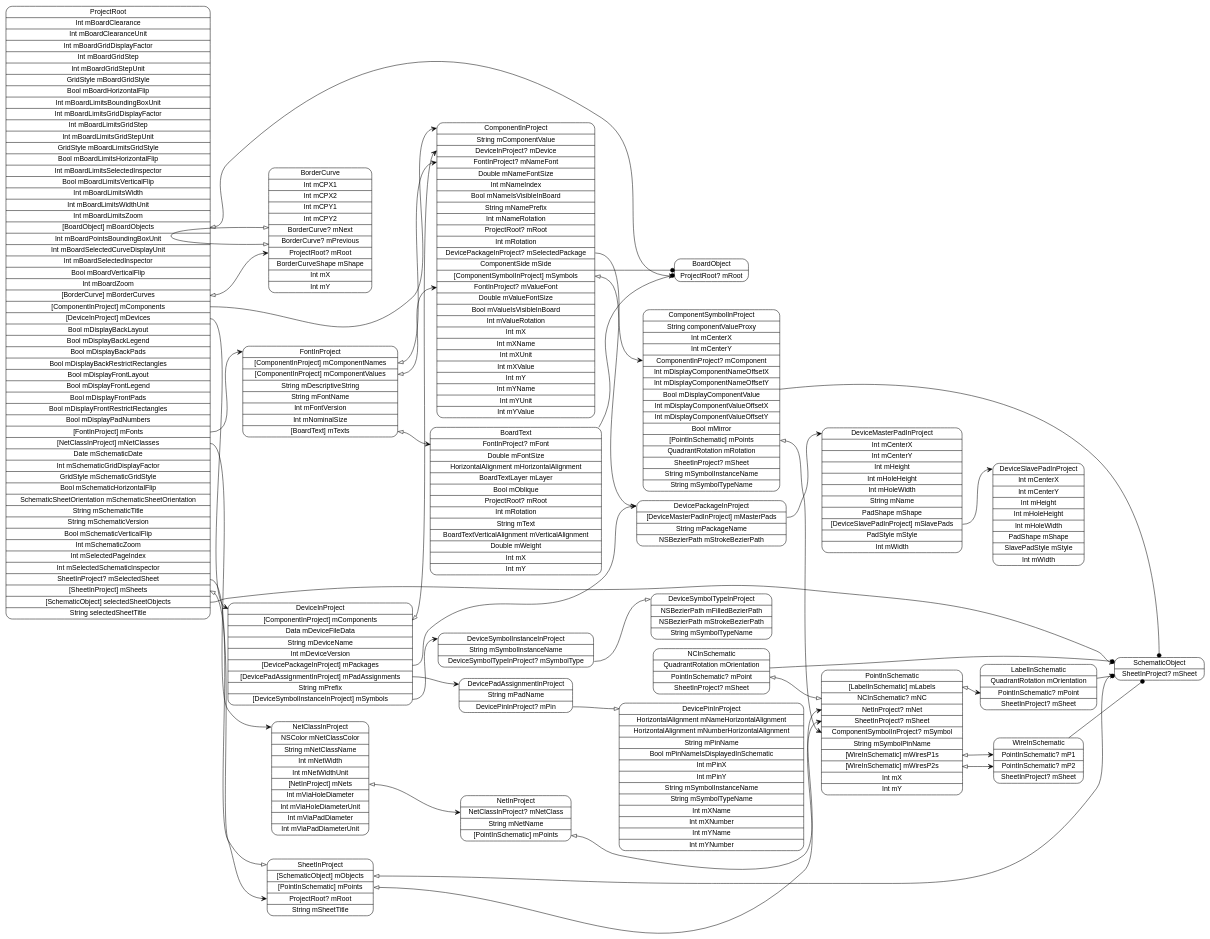
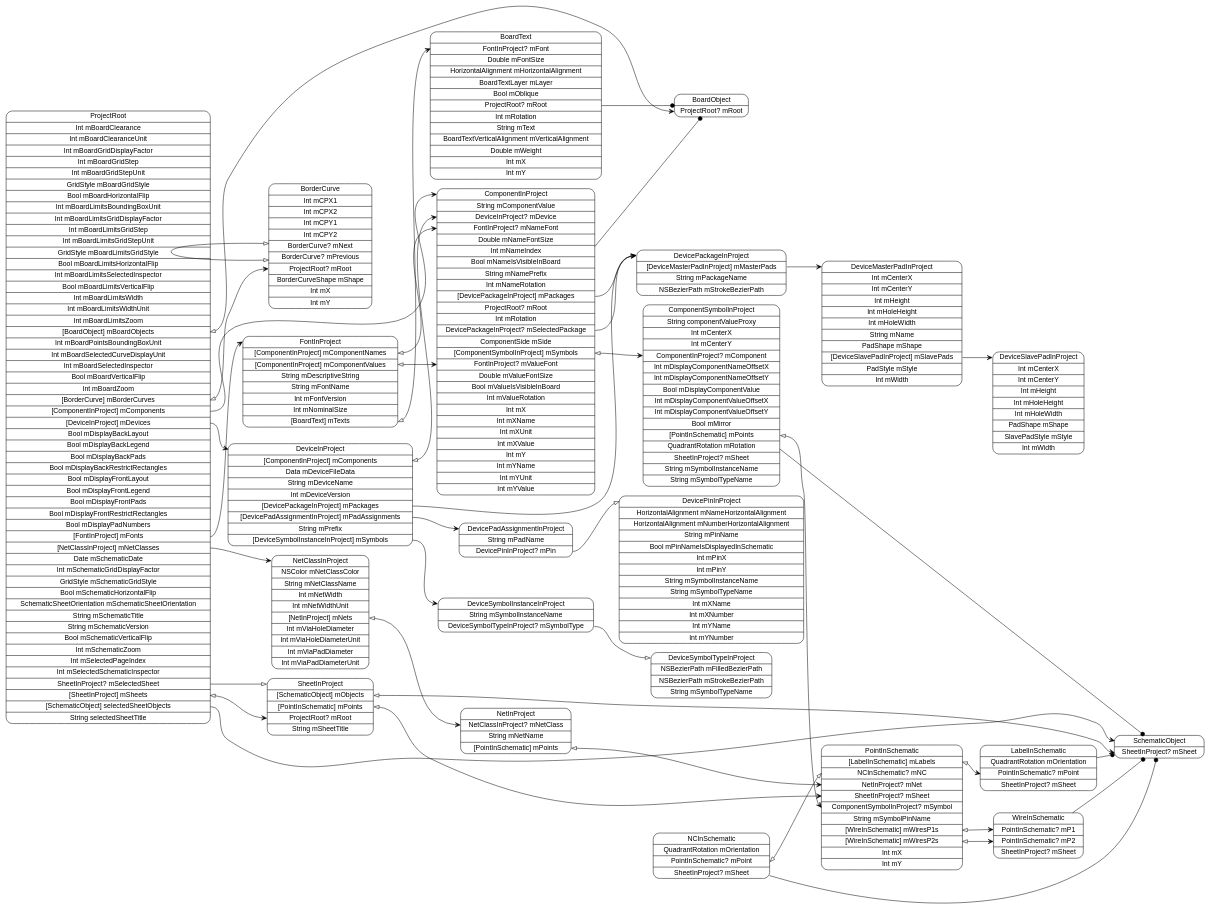
The diagram in models/ProjectRoot.dot (pierremolinaro/ElCanari-dev), drawn with Graphviz before and after one commit. The commit also changed 25 other files, not shown here.

Commit message:
Component in board : change package

```diff
--- a/models/ProjectRoot.dot
+++ b/models/ProjectRoot.dot
@@ -1,65 +1,66 @@
 digraph G {
   rankdir=LR ;
   node [shape=record fontname=helvetica style=rounded] ;
   ProjectRoot[label="<ProjectRoot>ProjectRoot|Int mBoardClearance|Int mBoardClearanceUnit|Int mBoardGridDisplayFactor|Int mBoardGridStep|Int mBoardGridStepUnit|GridStyle mBoardGridStyle|Bool mBoardHorizontalFlip|Int mBoardLimitsBoundingBoxUnit|Int mBoardLimitsGridDisplayFactor|Int mBoardLimitsGridStep|Int mBoardLimitsGridStepUnit|GridStyle mBoardLimitsGridStyle|Bool mBoardLimitsHorizontalFlip|Int mBoardLimitsSelectedInspector|Bool mBoardLimitsVerticalFlip|Int mBoardLimitsWidth|Int mBoardLimitsWidthUnit|Int mBoardLimitsZoom|<mBoardObjects>[BoardObject] mBoardObjects|Int mBoardPointsBoundingBoxUnit|Int mBoardSelectedCurveDisplayUnit|Int mBoardSelectedInspector|Bool mBoardVerticalFlip|Int mBoardZoom|<mBorderCurves>[BorderCurve] mBorderCurves|<mComponents>[ComponentInProject] mComponents|<mDevices>[DeviceInProject] mDevices|Bool mDisplayBackLayout|Bool mDisplayBackLegend|Bool mDisplayBackPads|Bool mDisplayBackRestrictRectangles|Bool mDisplayFrontLayout|Bool mDisplayFrontLegend|Bool mDisplayFrontPads|Bool mDisplayFrontRestrictRectangles|Bool mDisplayPadNumbers|<mFonts>[FontInProject] mFonts|<mNetClasses>[NetClassInProject] mNetClasses|Date mSchematicDate|Int mSchematicGridDisplayFactor|GridStyle mSchematicGridStyle|Bool mSchematicHorizontalFlip|SchematicSheetOrientation mSchematicSheetOrientation|String mSchematicTitle|String mSchematicVersion|Bool mSchematicVerticalFlip|Int mSchematicZoom|Int mSelectedPageIndex|Int mSelectedSchematicInspector|<mSelectedSheet>SheetInProject? mSelectedSheet|<mSheets>[SheetInProject] mSheets|<selectedSheetObjects>[SchematicObject] selectedSheetObjects|String selectedSheetTitle"] ;
   SchematicObject[label="<SchematicObject>SchematicObject|<mSheet>SheetInProject? mSheet"] ;
   SheetInProject[label="<SheetInProject>SheetInProject|<mObjects>[SchematicObject] mObjects|<mPoints>[PointInSchematic] mPoints|<mRoot>ProjectRoot? mRoot|String mSheetTitle"] ;
   PointInSchematic[label="<PointInSchematic>PointInSchematic|<mLabels>[LabelInSchematic] mLabels|<mNC>NCInSchematic? mNC|<mNet>NetInProject? mNet|<mSheet>SheetInProject? mSheet|<mSymbol>ComponentSymbolInProject? mSymbol|String mSymbolPinName|<mWiresP1s>[WireInSchematic] mWiresP1s|<mWiresP2s>[WireInSchematic] mWiresP2s|Int mX|Int mY"] ;
   WireInSchematic[label="<WireInSchematic>WireInSchematic|<mP1>PointInSchematic? mP1|<mP2>PointInSchematic? mP2|<mSheet>SheetInProject? mSheet"] ;
   NCInSchematic[label="<NCInSchematic>NCInSchematic|QuadrantRotation mOrientation|<mPoint>PointInSchematic? mPoint|<mSheet>SheetInProject? mSheet"] ;
   LabelInSchematic[label="<LabelInSchematic>LabelInSchematic|QuadrantRotation mOrientation|<mPoint>PointInSchematic? mPoint|<mSheet>SheetInProject? mSheet"] ;
   NetClassInProject[label="<NetClassInProject>NetClassInProject|NSColor mNetClassColor|String mNetClassName|Int mNetWidth|Int mNetWidthUnit|<mNets>[NetInProject] mNets|Int mViaHoleDiameter|Int mViaHoleDiameterUnit|Int mViaPadDiameter|Int mViaPadDiameterUnit"] ;
   NetInProject[label="<NetInProject>NetInProject|<mNetClass>NetClassInProject? mNetClass|String mNetName|<mPoints>[PointInSchematic] mPoints"] ;
   FontInProject[label="<FontInProject>FontInProject|<mComponentNames>[ComponentInProject] mComponentNames|<mComponentValues>[ComponentInProject] mComponentValues|String mDescriptiveString|String mFontName|Int mFontVersion|Int mNominalSize|<mTexts>[BoardText] mTexts"] ;
   BoardText[label="<BoardText>BoardText|<mFont>FontInProject? mFont|Double mFontSize|HorizontalAlignment mHorizontalAlignment|BoardTextLayer mLayer|Bool mOblique|<mRoot>ProjectRoot? mRoot|Int mRotation|String mText|BoardTextVerticalAlignment mVerticalAlignment|Double mWeight|Int mX|Int mY"] ;
   DeviceInProject[label="<DeviceInProject>DeviceInProject|<mComponents>[ComponentInProject] mComponents|Data mDeviceFileData|String mDeviceName|Int mDeviceVersion|<mPackages>[DevicePackageInProject] mPackages|<mPadAssignments>[DevicePadAssignmentInProject] mPadAssignments|String mPrefix|<mSymbols>[DeviceSymbolInstanceInProject] mSymbols"] ;
   DeviceSymbolInstanceInProject[label="<DeviceSymbolInstanceInProject>DeviceSymbolInstanceInProject|String mSymbolInstanceName|<mSymbolType>DeviceSymbolTypeInProject? mSymbolType"] ;
   DeviceSymbolTypeInProject[label="<DeviceSymbolTypeInProject>DeviceSymbolTypeInProject|NSBezierPath mFilledBezierPath|NSBezierPath mStrokeBezierPath|String mSymbolTypeName"] ;
   DevicePadAssignmentInProject[label="<DevicePadAssignmentInProject>DevicePadAssignmentInProject|String mPadName|<mPin>DevicePinInProject? mPin"] ;
   DevicePinInProject[label="<DevicePinInProject>DevicePinInProject|HorizontalAlignment mNameHorizontalAlignment|HorizontalAlignment mNumberHorizontalAlignment|String mPinName|Bool mPinNameIsDisplayedInSchematic|Int mPinX|Int mPinY|String mSymbolInstanceName|String mSymbolTypeName|Int mXName|Int mXNumber|Int mYName|Int mYNumber"] ;
   DevicePackageInProject[label="<DevicePackageInProject>DevicePackageInProject|<mMasterPads>[DeviceMasterPadInProject] mMasterPads|String mPackageName|NSBezierPath mStrokeBezierPath"] ;
   DeviceMasterPadInProject[label="<DeviceMasterPadInProject>DeviceMasterPadInProject|Int mCenterX|Int mCenterY|Int mHeight|Int mHoleHeight|Int mHoleWidth|String mName|PadShape mShape|<mSlavePads>[DeviceSlavePadInProject] mSlavePads|PadStyle mStyle|Int mWidth"] ;
   DeviceSlavePadInProject[label="<DeviceSlavePadInProject>DeviceSlavePadInProject|Int mCenterX|Int mCenterY|Int mHeight|Int mHoleHeight|Int mHoleWidth|PadShape mShape|SlavePadStyle mStyle|Int mWidth"] ;
-  ComponentInProject[label="<ComponentInProject>ComponentInProject|String mComponentValue|<mDevice>DeviceInProject? mDevice|<mNameFont>FontInProject? mNameFont|Double mNameFontSize|Int mNameIndex|Bool mNameIsVisibleInBoard|String mNamePrefix|Int mNameRotation|<mRoot>ProjectRoot? mRoot|Int mRotation|<mSelectedPackage>DevicePackageInProject? mSelectedPackage|ComponentSide mSide|<mSymbols>[ComponentSymbolInProject] mSymbols|<mValueFont>FontInProject? mValueFont|Double mValueFontSize|Bool mValueIsVisibleInBoard|Int mValueRotation|Int mX|Int mXName|Int mXUnit|Int mXValue|Int mY|Int mYName|Int mYUnit|Int mYValue"] ;
+  ComponentInProject[label="<ComponentInProject>ComponentInProject|String mComponentValue|<mDevice>DeviceInProject? mDevice|<mNameFont>FontInProject? mNameFont|Double mNameFontSize|Int mNameIndex|Bool mNameIsVisibleInBoard|String mNamePrefix|Int mNameRotation|<mPackages>[DevicePackageInProject] mPackages|<mRoot>ProjectRoot? mRoot|Int mRotation|<mSelectedPackage>DevicePackageInProject? mSelectedPackage|ComponentSide mSide|<mSymbols>[ComponentSymbolInProject] mSymbols|<mValueFont>FontInProject? mValueFont|Double mValueFontSize|Bool mValueIsVisibleInBoard|Int mValueRotation|Int mX|Int mXName|Int mXUnit|Int mXValue|Int mY|Int mYName|Int mYUnit|Int mYValue"] ;
   ComponentSymbolInProject[label="<ComponentSymbolInProject>ComponentSymbolInProject|String componentValueProxy|Int mCenterX|Int mCenterY|<mComponent>ComponentInProject? mComponent|Int mDisplayComponentNameOffsetX|Int mDisplayComponentNameOffsetY|Bool mDisplayComponentValue|Int mDisplayComponentValueOffsetX|Int mDisplayComponentValueOffsetY|Bool mMirror|<mPoints>[PointInSchematic] mPoints|QuadrantRotation mRotation|<mSheet>SheetInProject? mSheet|String mSymbolInstanceName|String mSymbolTypeName"] ;
   BorderCurve[label="<BorderCurve>BorderCurve|Int mCPX1|Int mCPX2|Int mCPY1|Int mCPY2|<mNext>BorderCurve? mNext|<mPrevious>BorderCurve? mPrevious|<mRoot>ProjectRoot? mRoot|BorderCurveShape mShape|Int mX|Int mY"] ;
   BoardObject[label="<BoardObject>BoardObject|<mRoot>ProjectRoot? mRoot"] ;
   ProjectRoot:mBoardObjects -> BoardObject:mRoot [dir=both arrowtail=onormal arrowhead=vee] ;
   ProjectRoot:mBorderCurves -> BorderCurve:mRoot [dir=both arrowtail=onormal arrowhead=vee] ;
   ProjectRoot:mComponents -> ComponentInProject:ComponentInProject [dir=both arrowtail=none arrowhead=vee] ;
   ProjectRoot:mDevices -> DeviceInProject:DeviceInProject [dir=both arrowtail=none arrowhead=vee] ;
   ProjectRoot:mFonts -> FontInProject:FontInProject [dir=both arrowtail=none arrowhead=vee] ;
   ProjectRoot:mNetClasses -> NetClassInProject:NetClassInProject [dir=both arrowtail=none arrowhead=vee] ;
   ProjectRoot:mSelectedSheet -> SheetInProject:SheetInProject [dir=both arrowtail=none arrowhead=onormal] ;
   ProjectRoot:mSheets -> SheetInProject:mRoot [dir=both arrowtail=onormal arrowhead=vee] ;
   ProjectRoot:selectedSheetObjects -> SchematicObject:SchematicObject [dir=both arrowtail=none arrowhead=vee] ;
   SheetInProject:mObjects -> SchematicObject:mSheet [dir=both arrowtail=onormal arrowhead=vee] ;
   SheetInProject:mPoints -> PointInSchematic:mSheet [dir=both arrowtail=onormal arrowhead=vee] ;
   PointInSchematic:mLabels -> LabelInSchematic:mPoint [dir=both arrowtail=onormal arrowhead=vee] ;
   PointInSchematic:mWiresP1s -> WireInSchematic:mP1 [dir=both arrowtail=onormal arrowhead=vee] ;
   PointInSchematic:mWiresP2s -> WireInSchematic:mP2 [dir=both arrowtail=onormal arrowhead=vee] ;
   WireInSchematic -> SchematicObject [arrowhead=dot] ;
   NCInSchematic -> SchematicObject [arrowhead=dot] ;
   NCInSchematic:mPoint -> PointInSchematic:mNC [dir=both arrowtail=onormal arrowhead=onormal] ;
   LabelInSchematic -> SchematicObject [arrowhead=dot] ;
   NetClassInProject:mNets -> NetInProject:mNetClass [dir=both arrowtail=onormal arrowhead=vee] ;
   NetInProject:mPoints -> PointInSchematic:mNet [dir=both arrowtail=onormal arrowhead=vee] ;
   FontInProject:mComponentNames -> ComponentInProject:mNameFont [dir=both arrowtail=onormal arrowhead=vee] ;
   FontInProject:mComponentValues -> ComponentInProject:mValueFont [dir=both arrowtail=onormal arrowhead=vee] ;
   FontInProject:mTexts -> BoardText:mFont [dir=both arrowtail=onormal arrowhead=vee] ;
   BoardText -> BoardObject [arrowhead=dot] ;
   DeviceInProject:mComponents -> ComponentInProject:mDevice [dir=both arrowtail=onormal arrowhead=vee] ;
   DeviceInProject:mPackages -> DevicePackageInProject:DevicePackageInProject [dir=both arrowtail=none arrowhead=vee] ;
   DeviceInProject:mPadAssignments -> DevicePadAssignmentInProject:DevicePadAssignmentInProject [dir=both arrowtail=none arrowhead=vee] ;
   DeviceInProject:mSymbols -> DeviceSymbolInstanceInProject:DeviceSymbolInstanceInProject [dir=both arrowtail=none arrowhead=vee] ;
   DeviceSymbolInstanceInProject:mSymbolType -> DeviceSymbolTypeInProject:DeviceSymbolTypeInProject [dir=both arrowtail=none arrowhead=onormal] ;
   DevicePadAssignmentInProject:mPin -> DevicePinInProject:DevicePinInProject [dir=both arrowtail=none arrowhead=onormal] ;
   DevicePackageInProject:mMasterPads -> DeviceMasterPadInProject:DeviceMasterPadInProject [dir=both arrowtail=none arrowhead=vee] ;
   DeviceMasterPadInProject:mSlavePads -> DeviceSlavePadInProject:DeviceSlavePadInProject [dir=both arrowtail=none arrowhead=vee] ;
   ComponentInProject -> BoardObject [arrowhead=dot] ;
+  ComponentInProject:mPackages -> DevicePackageInProject:DevicePackageInProject [dir=both arrowtail=none arrowhead=vee] ;
   ComponentInProject:mSelectedPackage -> DevicePackageInProject:DevicePackageInProject [dir=both arrowtail=none arrowhead=onormal] ;
   ComponentInProject:mSymbols -> ComponentSymbolInProject:mComponent [dir=both arrowtail=onormal arrowhead=vee] ;
   ComponentSymbolInProject -> SchematicObject [arrowhead=dot] ;
   ComponentSymbolInProject:mPoints -> PointInSchematic:mSymbol [dir=both arrowtail=onormal arrowhead=vee] ;
   BorderCurve:mPrevious -> BorderCurve:mNext [dir=both arrowtail=onormal arrowhead=onormal] ;
 }
```
